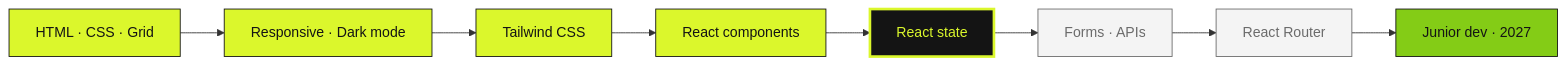
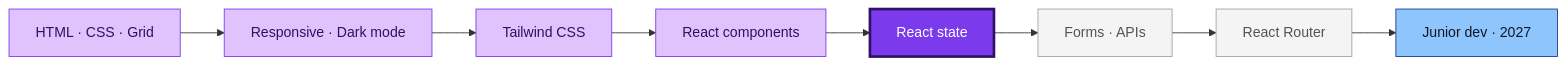
Before and after one commit to gilbertoroncanciogualteross-creator/gilbertoroncanciogualteross-creator: the diagram in README.md, drawn with Mermaid. The commit also changed other lines of this file, not shown here.

````diff
--- a/README.md
+++ b/README.md
@@ -101,12 +99,12 @@
 ```mermaid
 flowchart LR
   A["HTML · CSS · Grid"] --> B["Responsive · Dark mode"] --> C["Tailwind CSS"] --> D["React components"] --> E["React state"] --> F["Forms · APIs"] --> G["React Router"] --> H["Junior dev · 2027"]
-  classDef done fill:#dbf72c,stroke:#141414,color:#141414
-  classDef now fill:#141414,stroke:#dbf72c,color:#dbf72c,stroke-width:3px
-  classDef next fill:#f4f4f4,stroke:#6b6b6b,color:#6b6b6b
-  classDef goal fill:#84cc16,stroke:#141414,color:#141414
+  classDef done fill:#e0c3fc,stroke:#7c3aed,color:#2e1065
+  classDef now fill:#7c3aed,stroke:#2e1065,color:#ffffff,stroke-width:3px
+  classDef next fill:#f4f4f5,stroke:#a1a1aa,color:#52525b
+  classDef goal fill:#8ec5fc,stroke:#1e3a8a,color:#0f172a
   class A,B,C,D done
   class E now
   class F,G next
   class H goal
 ```
````
